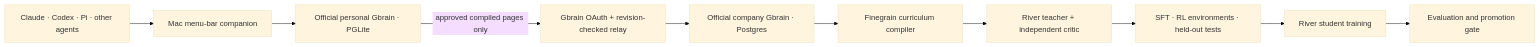
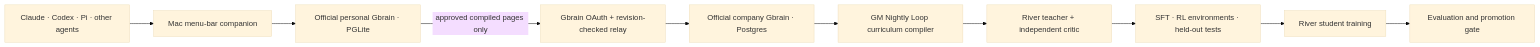
The diagram in docs/PLAN.md (edreisMD/finegrain), drawn with Mermaid (base theme) before and after one commit. The commit also changed other lines of this file and 59 other files, not shown here.

````diff
--- a/docs/PLAN.md
+++ b/docs/PLAN.md
@@ -8,12 +8,12 @@
 ```mermaid
 flowchart LR
   A[Claude · Codex · Pi · other agents] --> B[Mac menu-bar companion]
   B --> C[Official personal Gbrain · PGLite]
   C -->|approved compiled pages only| D[Gbrain OAuth + revision-checked relay]
   D --> E[Official company Gbrain · Postgres]
-  E --> F[Finegrain curriculum compiler]
+  E --> F[GM Nightly Loop curriculum compiler]
   F --> G[River teacher + independent critic]
   G --> H[SFT · RL environments · held-out tests]
   H --> I[River student training]
   I --> J[Evaluation and promotion gate]
 ```
````
